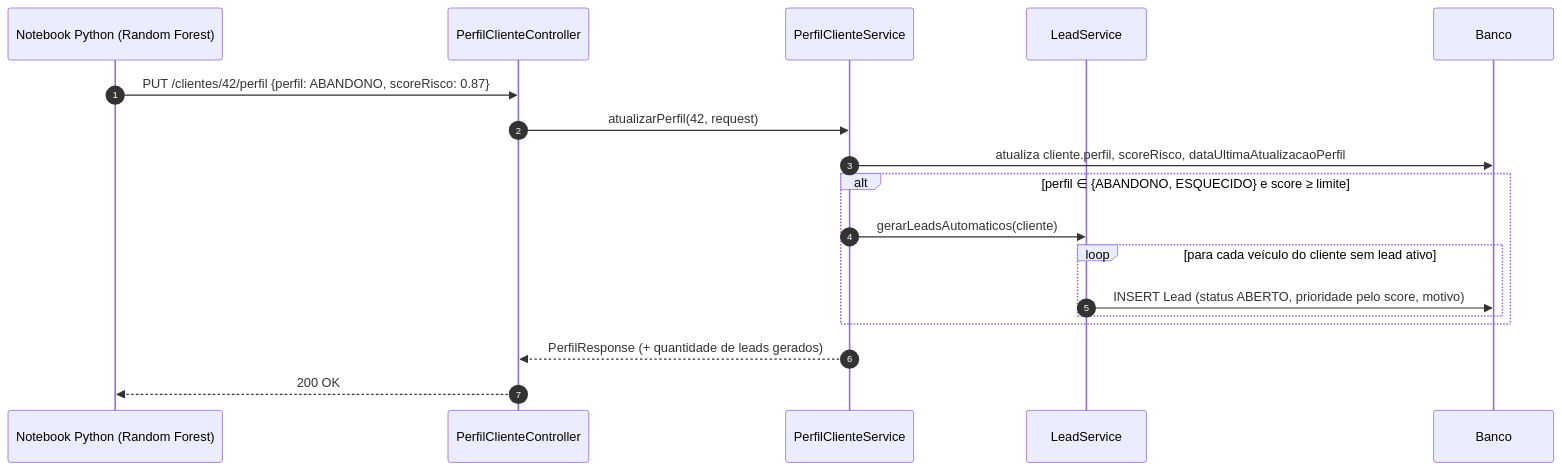
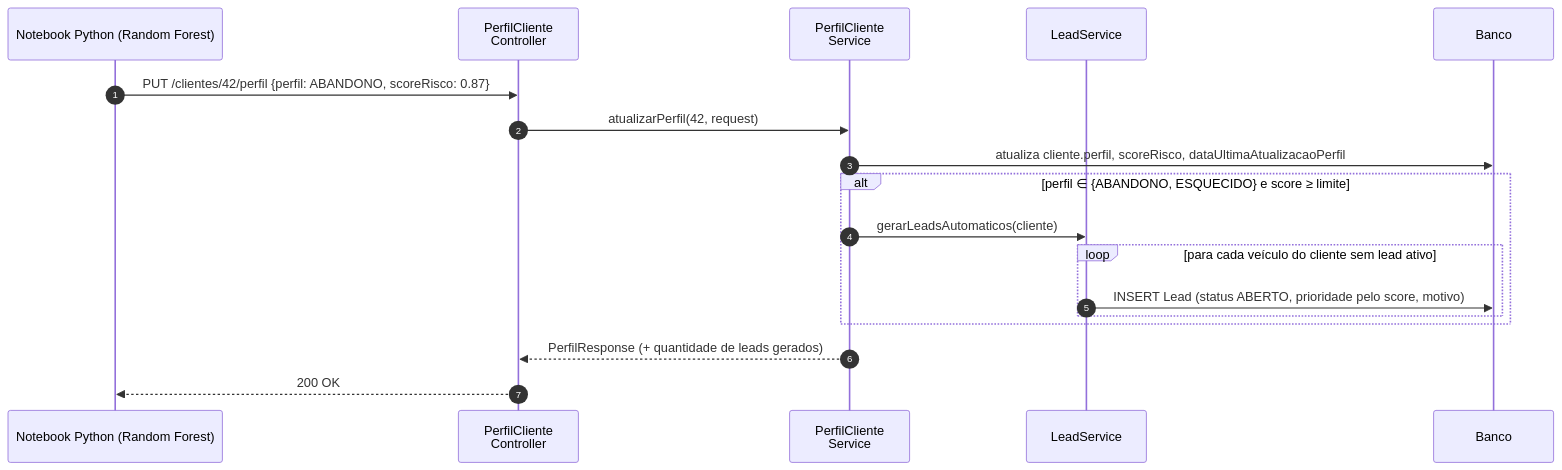
The fourth of 5 diagrams in docs/ARQUITETURA.md (3ESPG/Sprint3-SOA-Java), drawn with Mermaid before and after one commit. The commit also changed other lines of this file and 2 other files, not shown here.

First line of the commit message:
PDF de arquitetura com os diagramas e diagramas mais legíveis

````diff
--- a/docs/ARQUITETURA.md
+++ b/docs/ARQUITETURA.md
@@ -125,21 +135,21 @@
 ```mermaid
 sequenceDiagram
     autonumber
     participant ML as Notebook Python (Random Forest)
-    participant PC as PerfilClienteController
-    participant PS as PerfilClienteService
+    participant PC as PerfilCliente<br/>Controller
+    participant PS as PerfilCliente<br/>Service
     participant LS as LeadService
     participant DB as Banco
 
     ML->>PC: PUT /clientes/42/perfil {perfil: ABANDONO, scoreRisco: 0.87}
     PC->>PS: atualizarPerfil(42, request)
     PS->>DB: atualiza cliente.perfil, scoreRisco, dataUltimaAtualizacaoPerfil
     alt perfil ∈ {ABANDONO, ESQUECIDO} e score ≥ limite
         PS->>LS: gerarLeadsAutomaticos(cliente)
         loop para cada veículo do cliente sem lead ativo
             LS->>DB: INSERT Lead (status ABERTO, prioridade pelo score, motivo)
         end
     end
     PS-->>PC: PerfilResponse (+ quantidade de leads gerados)
     PC-->>ML: 200 OK
 ```
````
